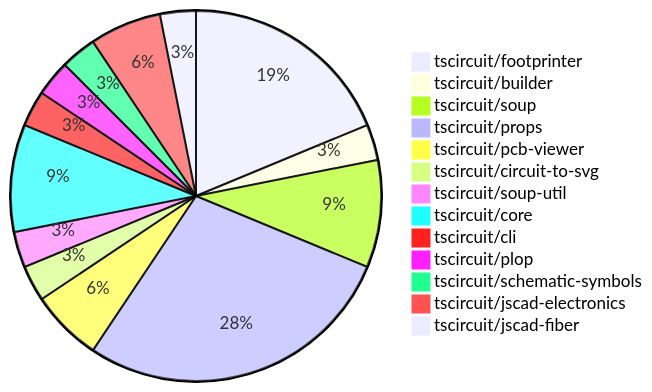
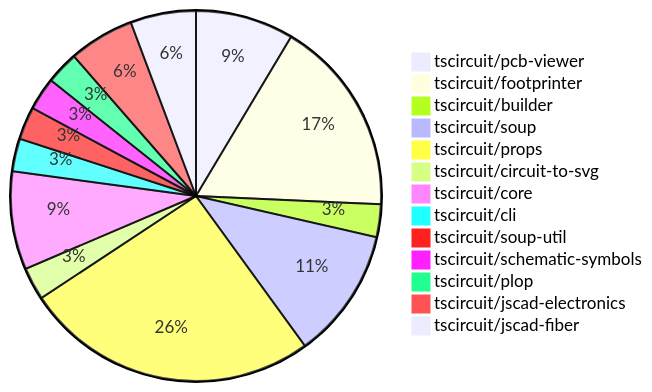
Before and after one commit to tscircuit/contribution-tracker: the diagram in README.md, drawn with Mermaid. The commit also changed other lines of this file and 1 other file, not shown here.

````diff
--- a/README.md
+++ b/README.md
@@ -24,16 +24,16 @@
 ```mermaid
 pie
+    "tscircuit/pcb-viewer" : 3
     "tscircuit/footprinter" : 6
     "tscircuit/builder" : 1
-    "tscircuit/soup" : 3
+    "tscircuit/soup" : 4
     "tscircuit/props" : 9
-    "tscircuit/pcb-viewer" : 2
     "tscircuit/circuit-to-svg" : 1
-    "tscircuit/soup-util" : 1
     "tscircuit/core" : 3
     "tscircuit/cli" : 1
+    "tscircuit/soup-util" : 1
+    "tscircuit/schematic-symbols" : 1
     "tscircuit/plop" : 1
-    "tscircuit/schematic-symbols" : 1
     "tscircuit/jscad-electronics" : 2
-    "tscircuit/jscad-fiber" : 1
+    "tscircuit/jscad-fiber" : 2
 ```
````
